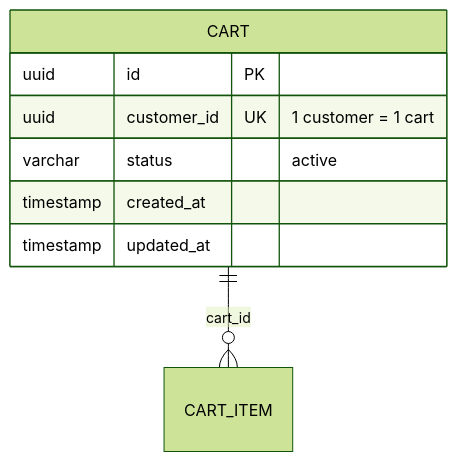
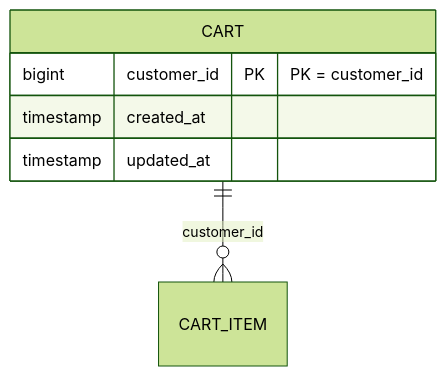
The diagram in documents/data-models/product-service/entity-cart.md (ldqanh1408/stealing-from-paradise), drawn with Mermaid (forest theme) before and after one commit. The commit also changed other lines of this file and 8 other files, not shown here.

Commit message:
Refactor(docs) update cart and cart item documentation for clarity and consistency in business rules and data models

````diff
--- a/documents/data-models/product-service/entity-cart.md
+++ b/documents/data-models/product-service/entity-cart.md
@@ -12,12 +12,10 @@
 ```mermaid
 erDiagram
-    CART ||--o{ CART_ITEM : "cart_id"
+    CART ||--o{ CART_ITEM : "customer_id"
 
     CART {
-        uuid id PK
-        uuid customer_id UK "1 customer = 1 cart"
-        varchar status "active"
+        bigint customer_id PK "PK = customer_id"
         timestamp created_at
         timestamp updated_at
     }
 ```
````
